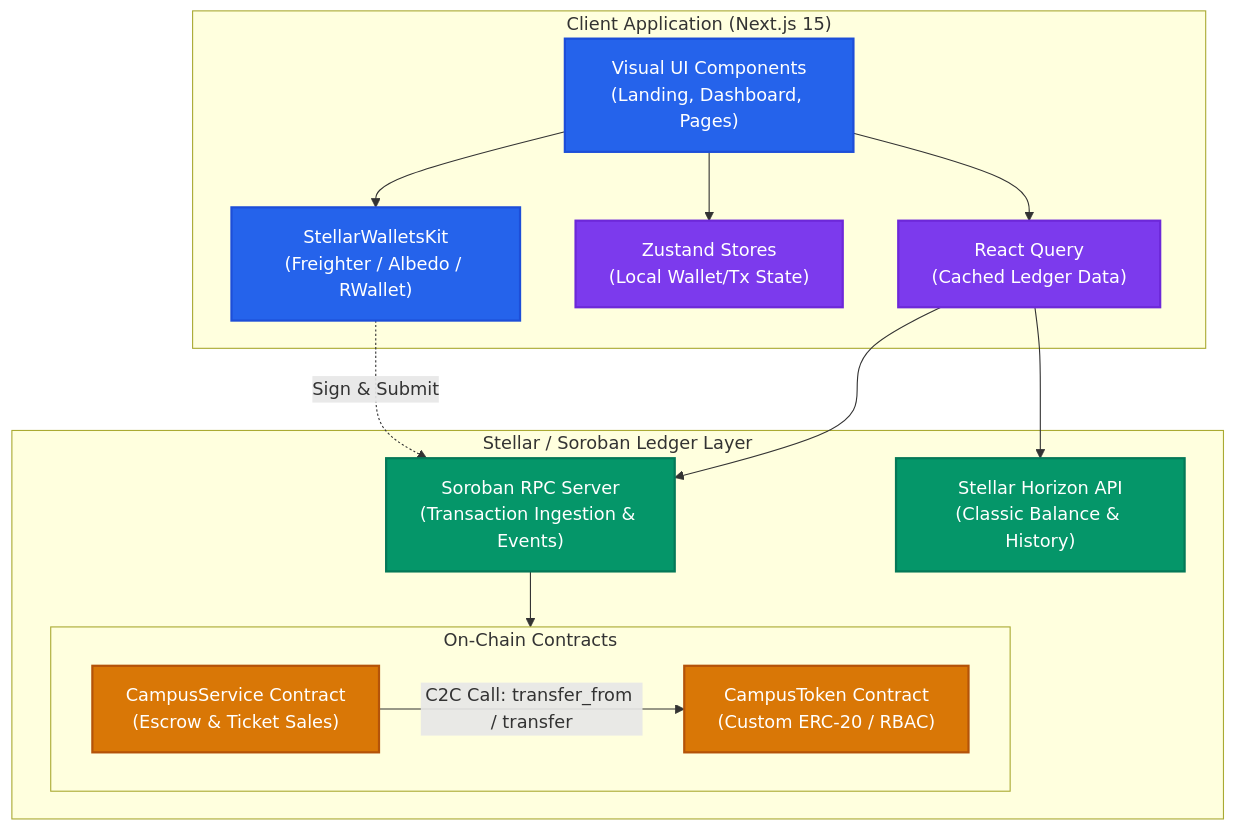
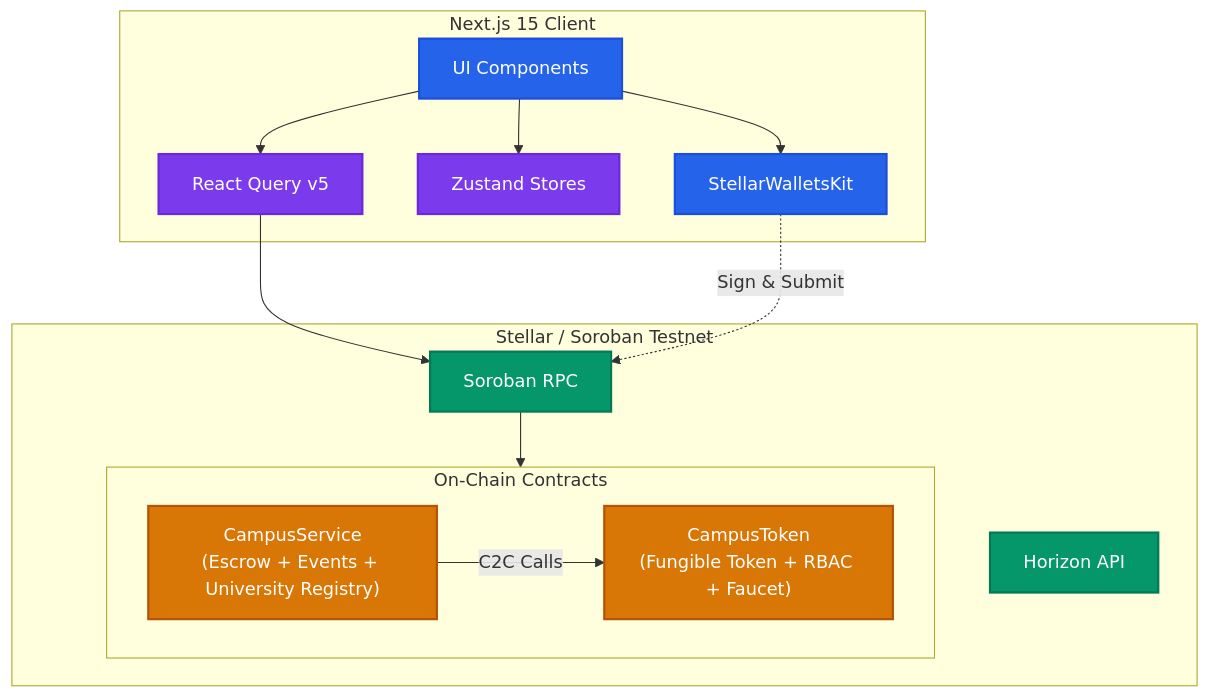
The first of 3 diagrams in README.md (sandipansingh/CampusChain), drawn with Mermaid before and after one commit. The commit also changed other lines of this file, not shown here.

Commit message:
docs(README): update contract addresses and expand docs for university registry and faucet

````diff
--- a/README.md
+++ b/README.md
@@ -36,42 +28,36 @@
 ```mermaid
 graph TD
-    %% Styling Definitions
     classDef frontend fill:#2563EB,stroke:#1D4ED8,stroke-width:2px,color:#FFFFFF;
     classDef contract fill:#D97706,stroke:#B45309,stroke-width:2px,color:#FFFFFF;
     classDef stellar fill:#059669,stroke:#047857,stroke-width:2px,color:#FFFFFF;
     classDef state fill:#7C3AED,stroke:#6D28D9,stroke-width:2px,color:#FFFFFF;
 
-    subgraph Client ["Client Application (Next.js 15)"]
-        UI["Visual UI Components<br/>(Landing, Dashboard, Pages)"]
-        SWK["StellarWalletsKit<br/>(Freighter / Albedo / RWallet)"]
-        Zustand["Zustand Stores<br/>(Local Wallet/Tx State)"]
-        ReactQuery["React Query<br/>(Cached Ledger Data)"]
+    subgraph Client ["Next.js 15 Client"]
+        UI["UI Components"]
+        SWK["StellarWalletsKit"]
+        Zustand["Zustand Stores"]
+        ReactQuery["React Query v5"]
     end
 
-    subgraph StellarNetwork ["Stellar / Soroban Ledger Layer"]
-        RPC["Soroban RPC Server<br/>(Transaction Ingestion & Events)"]
-        Horizon["Stellar Horizon API<br/>(Classic Balance & History)"]
-        
+    subgraph StellarNetwork ["Stellar / Soroban Testnet"]
+        RPC["Soroban RPC"]
+        Horizon["Horizon API"]
         subgraph SorobanContracts ["On-Chain Contracts"]
-            Token["CampusToken Contract<br/>(Custom ERC-20 / RBAC)"]
-            Service["CampusService Contract<br/>(Escrow & Ticket Sales)"]
+            Token["CampusToken<br/>(Fungible Token + RBAC + Faucet)"]
+            Service["CampusService<br/>(Escrow + Events + University Registry)"]
         end
     end
 
-    %% Interactions
     UI --> SWK
     UI --> Zustand
     UI --> ReactQuery
     ReactQuery --> RPC
-    ReactQuery --> Horizon
     SWK -.-> |Sign & Submit| RPC
     RPC --> SorobanContracts
-    
-    Service --> |C2C Call: transfer_from / transfer| Token
+    Service --> |C2C Calls| Token
 
-    %% Assigning Classes
     class UI,SWK frontend;
     class Zustand,ReactQuery state;
     class RPC,Horizon stellar;
     class Token,Service contract;
 ```
````
